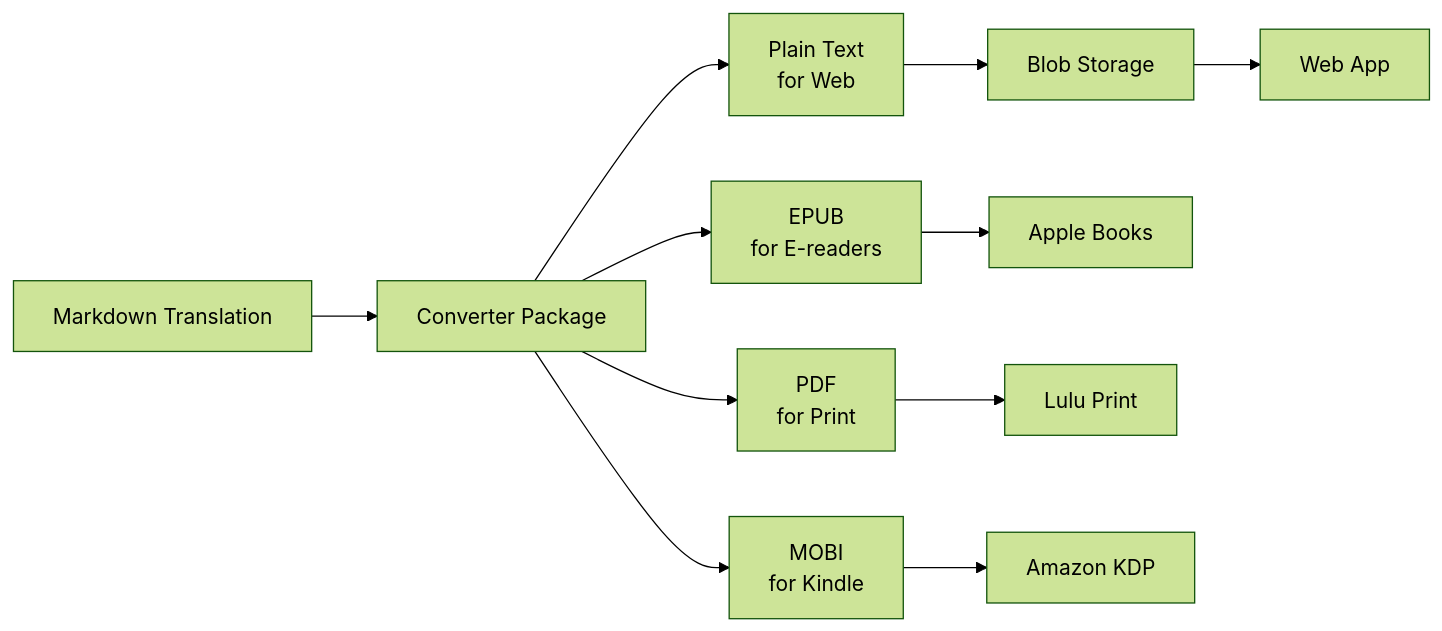
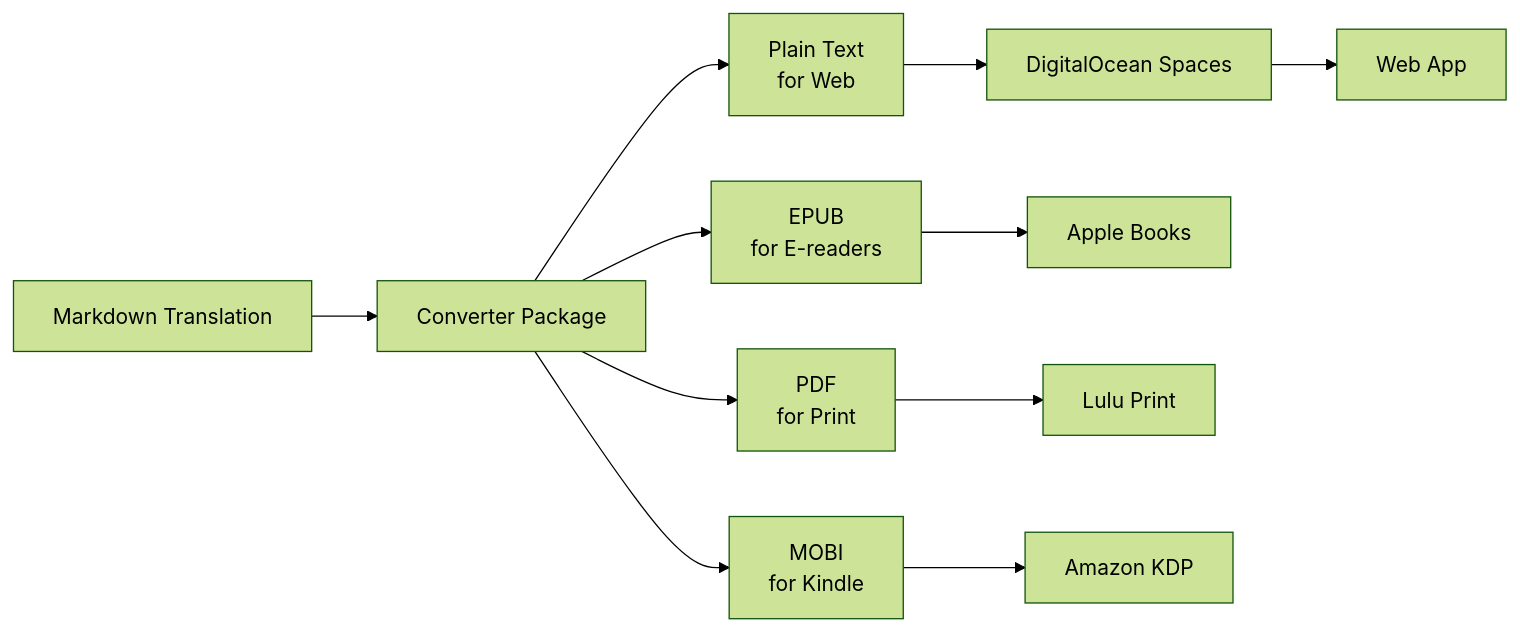
Before and after one commit to phrazzld/brainrot: the diagram in README.md, drawn with Mermaid (forest theme). The commit also changed other lines of this file and 75 other files, not shown here.

````diff
--- a/README.md
+++ b/README.md
@@ -401,15 +398,15 @@
 ```mermaid
 graph LR
     A[Markdown Translation] --> B[Converter Package]
     B --> C[Plain Text<br/>for Web]
     B --> D[EPUB<br/>for E-readers]
     B --> E[PDF<br/>for Print]
     B --> F[MOBI<br/>for Kindle]
 
-    C --> G[Blob Storage]
+    C --> G[DigitalOcean Spaces]
     G --> H[Web App]
 
     D --> I[Apple Books]
     E --> J[Lulu Print]
     F --> K[Amazon KDP]
 ```
````
